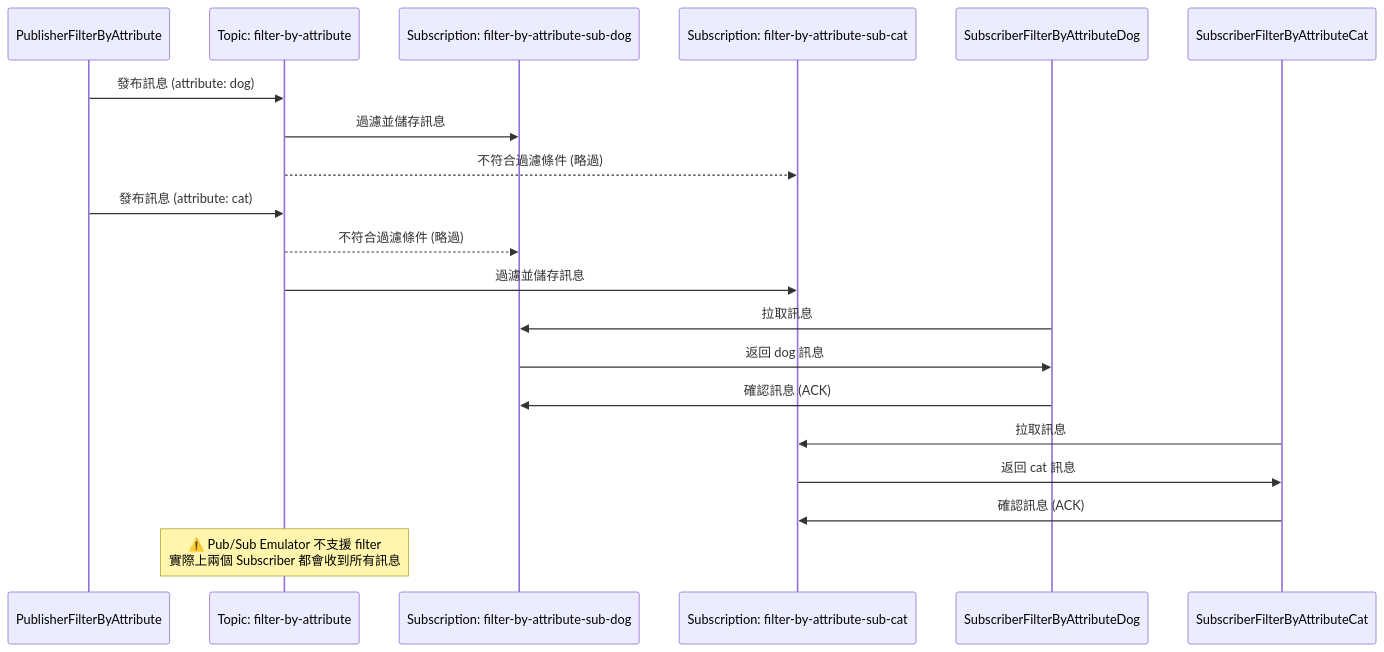
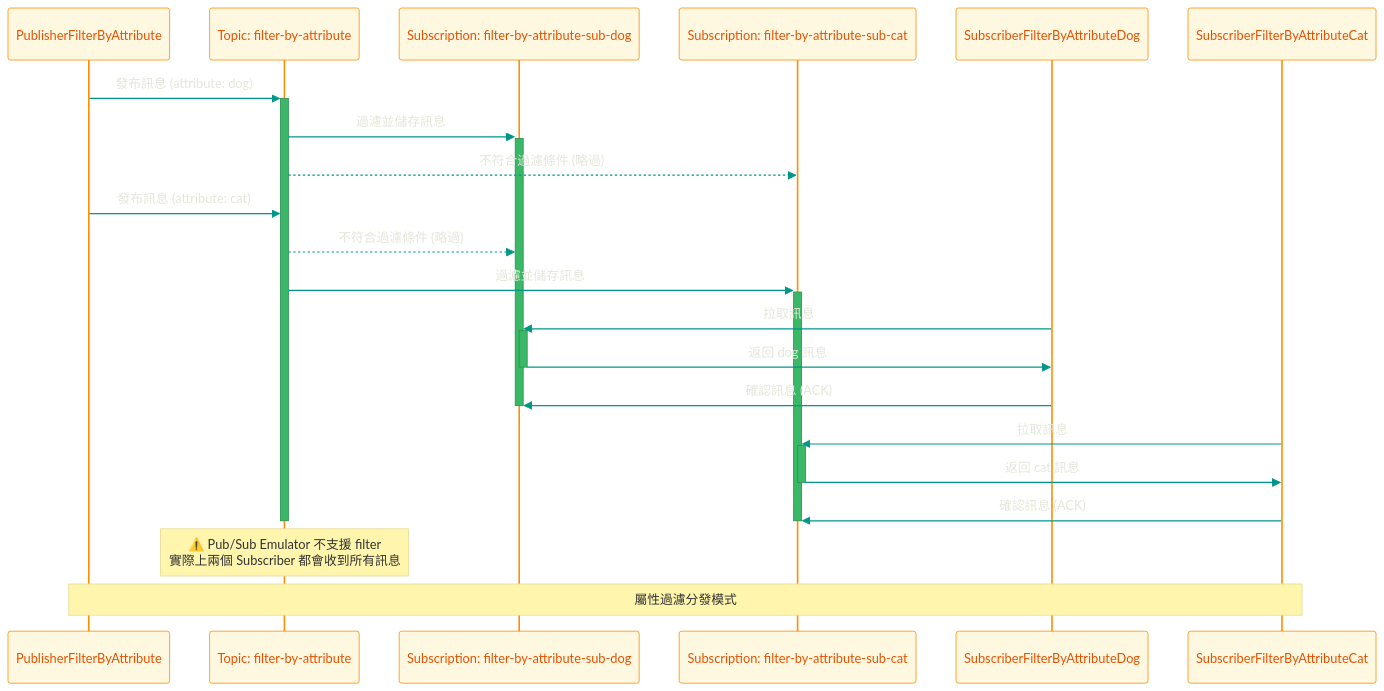
The sixth of 6 diagrams in REAME.md (KubingYayanu/Gcp-emulators.Poc), drawn with Mermaid before and after one commit. The commit also changed other lines of this file, not shown here.

Commit message:
docs: 調整 README mermaid sequenceDiagram 顏色

````diff
--- a/REAME.md
+++ b/REAME.md
@@ -216,27 +227,32 @@
 ```mermaid
+%%{init: {'theme':'base', 'themeVariables': {'primaryColor':'#673ab7', 'primaryTextColor':'#fff', 'primaryBorderColor':'#311b92', 'lineColor':'#f44336', 'signalColor':'#009688', 'signalTextColor':'#e4e7daff', 'sequenceNumberColor':'white', 'actorBkg':'#fff8e1', 'actorBorder':'#ff8f00', 'actorTextColor':'#e65100'}}}%%
 sequenceDiagram
     participant PF as PublisherFilterByAttribute
     participant T3 as Topic: filter-by-attribute
     participant SD as Subscription: filter-by-attribute-sub-dog
     participant SC as Subscription: filter-by-attribute-sub-cat
     participant SFD as SubscriberFilterByAttributeDog
     participant SFC as SubscriberFilterByAttributeCat
 
-    PF->>T3: 發布訊息 (attribute: dog)
-    T3->>SD: 過濾並儲存訊息
+    PF->>+T3: 發布訊息 (attribute: dog)
+    T3->>+SD: 過濾並儲存訊息
     T3-->>SC: 不符合過濾條件 (略過)
 
     PF->>T3: 發布訊息 (attribute: cat)
     T3-->>SD: 不符合過濾條件 (略過)
-    T3->>SC: 過濾並儲存訊息
+    T3->>+SC: 過濾並儲存訊息
 
-    SFD->>SD: 拉取訊息
-    SD->>SFD: 返回 dog 訊息
+    SFD->>+SD: 拉取訊息
+    SD->>-SFD: 返回 dog 訊息
     SFD->>SD: 確認訊息 (ACK)
+    deactivate SD
 
-    SFC->>SC: 拉取訊息
-    SC->>SFC: 返回 cat 訊息
+    SFC->>+SC: 拉取訊息
+    SC->>-SFC: 返回 cat 訊息
     SFC->>SC: 確認訊息 (ACK)
+    deactivate SC
+    deactivate T3
 
     Note over T3: ⚠️ Pub/Sub Emulator 不支援 filter<br/>實際上兩個 Subscriber 都會收到所有訊息
+    Note over PF,SFC: 屬性過濾分發模式
 ```
````
